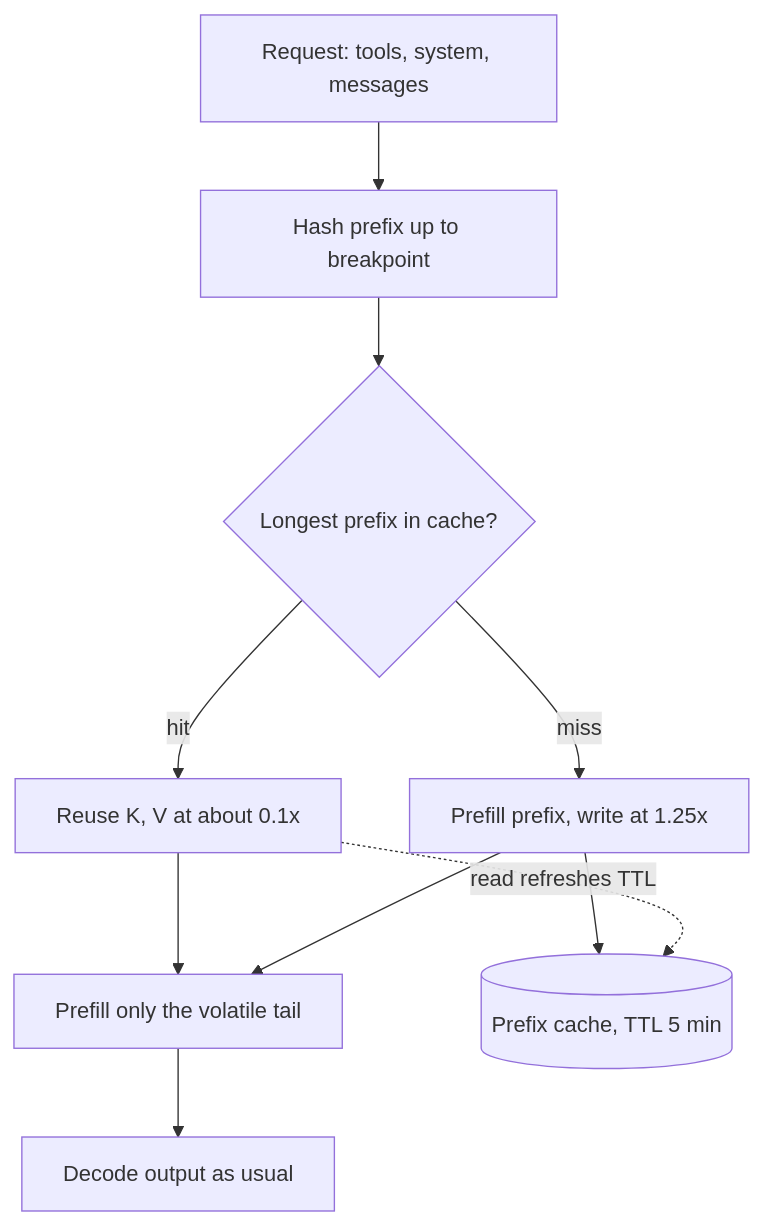
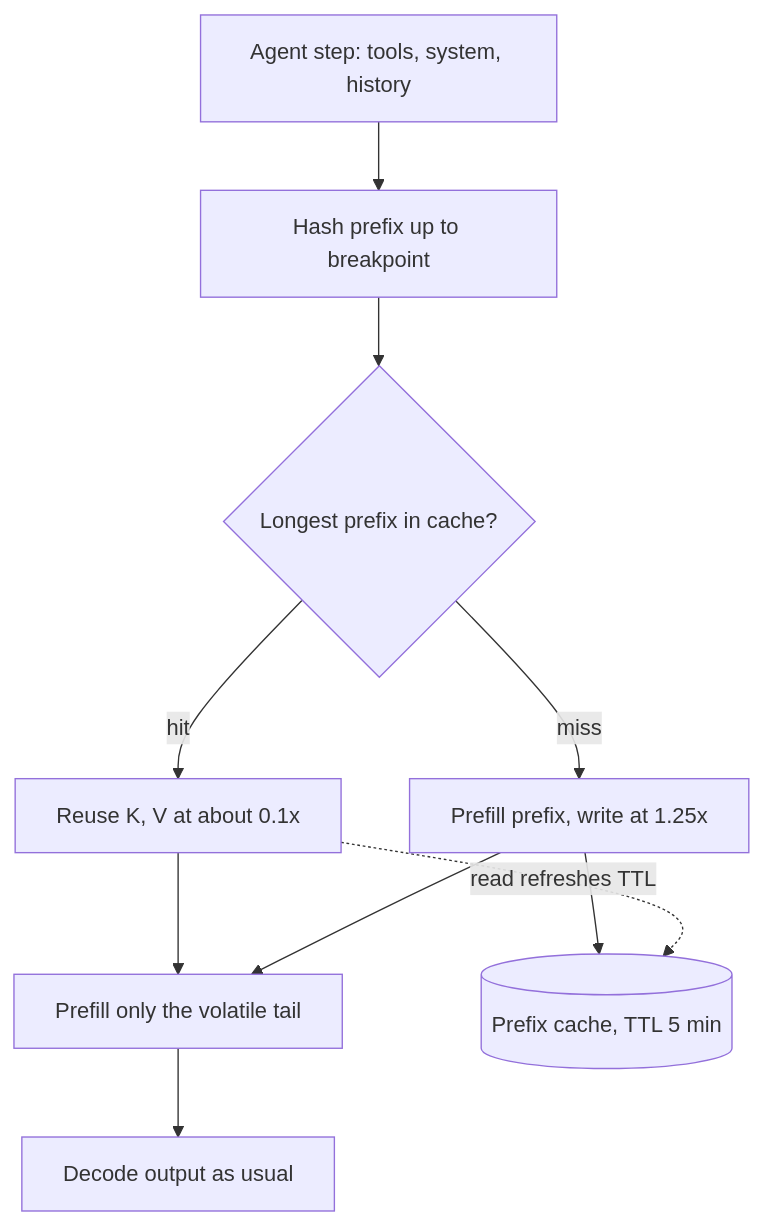
One commit to lovishmahajan97/agentic-learning changed the diagram in content/prompting/prompt-caching.md. Above: the diagram before and after it, drawn with Mermaid. The commit also changed other lines of this file and 485 other files, not shown here.

````diff
--- a/content/prompting/prompt-caching.md
+++ b/content/prompting/prompt-caching.md
@@ -134,12 +146,12 @@
 ```mermaid
 flowchart TD
-    R["Request: tools, system, messages"] --> H["Hash prefix up to breakpoint"]
+    R["Agent step: tools, system, history"] --> H["Hash prefix up to breakpoint"]
     H --> L{"Longest prefix in cache?"}
     L -->|"hit"| RD["Reuse K, V at about 0.1x"]
     L -->|"miss"| W["Prefill prefix, write at 1.25x"]
     RD --> T["Prefill only the volatile tail"]
     W --> C[("Prefix cache, TTL 5 min")]
     W --> T
     RD -.->|"read refreshes TTL"| C
     T --> O["Decode output as usual"]
 ```
````
